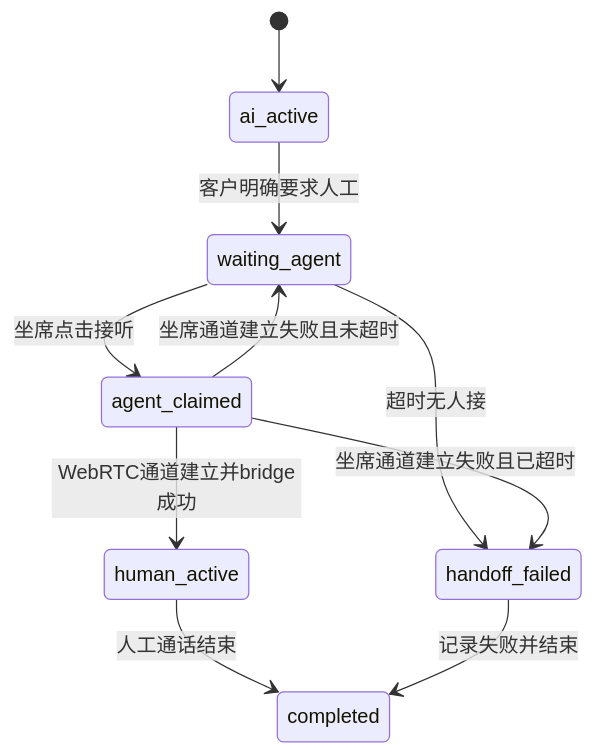
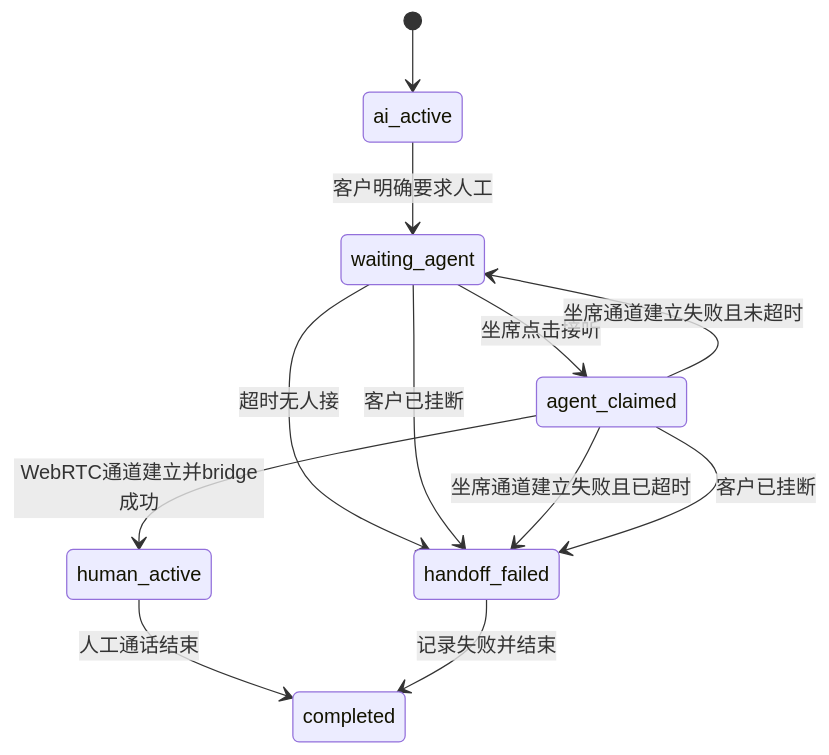
Before and after one commit to liuhongl/recov_ten: the fourth of 6 diagrams in docs/property-fee-human-handoff-technical-design.md, drawn with Mermaid. The commit also changed other lines of this file and 3 other files, not shown here.

````diff
--- a/docs/property-fee-human-handoff-technical-design.md
+++ b/docs/property-fee-human-handoff-technical-design.md
@@ -228,12 +228,14 @@
 ```mermaid
 stateDiagram-v2
   [*] --> ai_active
   ai_active --> waiting_agent: 客户明确要求人工
   waiting_agent --> agent_claimed: 坐席点击接听
   agent_claimed --> human_active: WebRTC通道建立并bridge成功
   waiting_agent --> handoff_failed: 超时无人接
+  waiting_agent --> handoff_failed: 客户已挂断
   agent_claimed --> waiting_agent: 坐席通道建立失败且未超时
   agent_claimed --> handoff_failed: 坐席通道建立失败且已超时
+  agent_claimed --> handoff_failed: 客户已挂断
   human_active --> completed: 人工通话结束
   handoff_failed --> completed: 记录失败并结束
 ```
````
